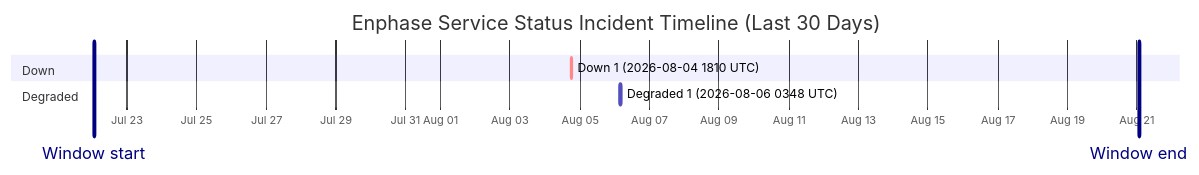
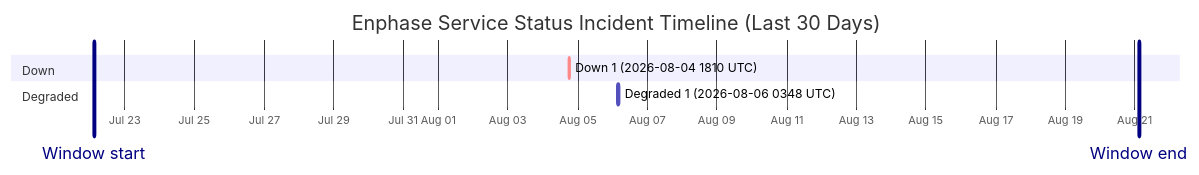
Before and after one commit to barneyonline/ha-enphase-energy: the diagram in wiki/Service-Status-History.md, drawn with Mermaid. The commit also changed other lines of this file and 3 other files, not shown here.

````diff
--- a/wiki/Service-Status-History.md
+++ b/wiki/Service-Status-History.md
@@ -14,12 +14,12 @@
 ```mermaid
 gantt
     title Enphase Service Status Incident Timeline (Last 30 Days)
     dateFormat  YYYY-MM-DDTHH:mm:ss
     axisFormat  %b %d
-    Window start :vert, window-start, 2026-07-22T01:11:23, 0ms
-    Window end :vert, window-end, 2026-08-21T01:11:23, 0ms
+    Window start :vert, window-start, 2026-07-22T02:43:12, 0ms
+    Window end :vert, window-end, 2026-08-21T02:43:12, 0ms
     section Down
     Down 1 (2026-08-04 1810 UTC) :crit, down-1, 2026-08-04T18:10:46, 60m
     section Degraded
     Degraded 1 (2026-08-06 0348 UTC) :active, degraded-1, 2026-08-06T03:48:14, 60m
 ```
````
